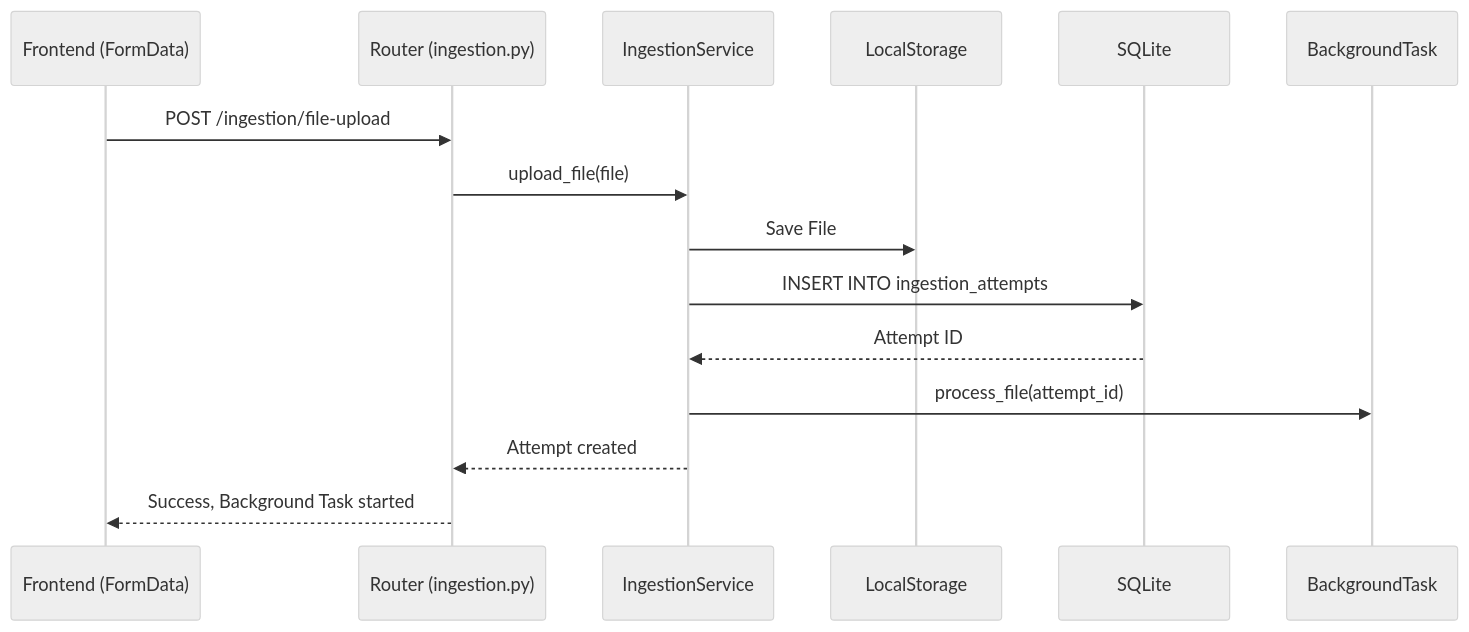
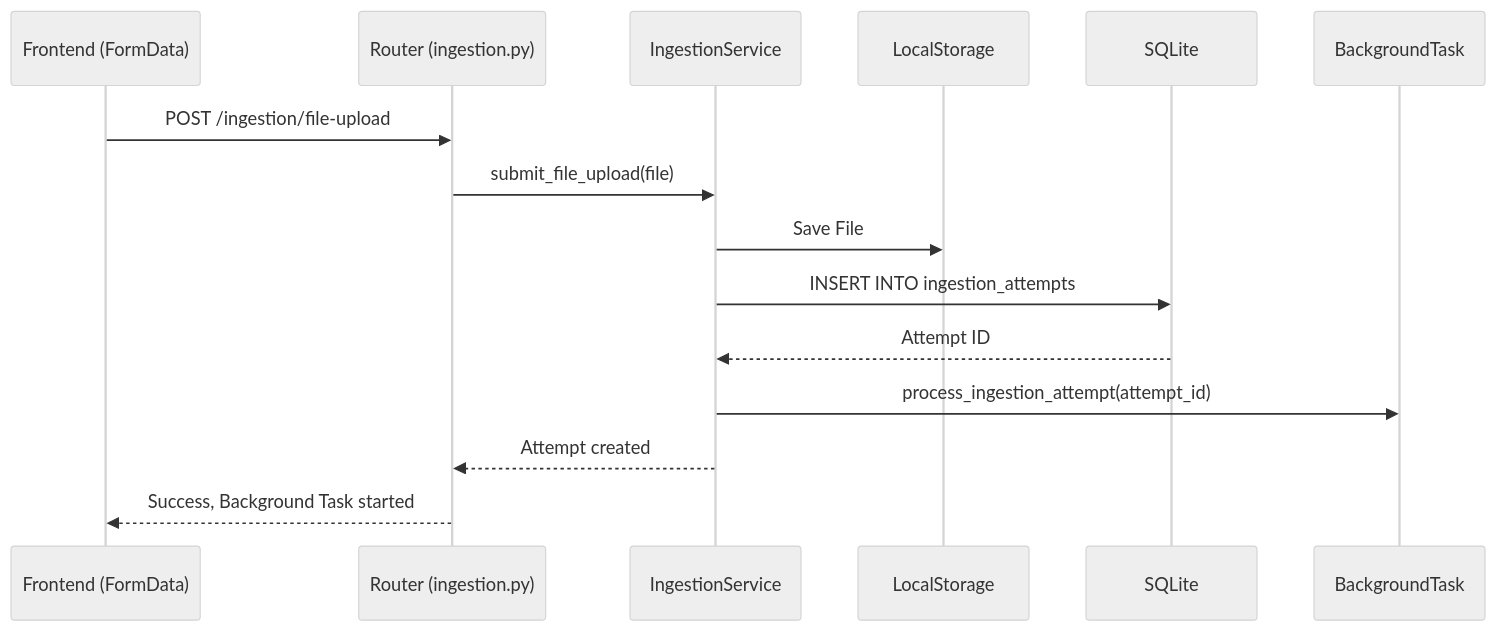
One commit to thaihai-swe/chatbot-with-data changed the diagram in docs/diagrams/api/upload-file.md. Above: the diagram before and after it, drawn with Mermaid (neutral theme). The commit also changed 23 other files, not shown here.

Commit message:
Refactor system architecture documentation: streamline content, update feature matrix, and enhance clarity on components and data flow

````diff
--- a/docs/diagrams/api/upload-file.md
+++ b/docs/diagrams/api/upload-file.md
@@ -3,18 +3,18 @@
 ```mermaid
 sequenceDiagram
     participant Frontend (FormData)
     participant Router as Router (ingestion.py)
     participant IngestionService
     participant LocalStorage
     participant SQLite
     participant BackgroundTask
     
     Frontend (FormData)->>Router: POST /ingestion/file-upload
-    Router->>IngestionService: upload_file(file)
+    Router->>IngestionService: submit_file_upload(file)
     IngestionService->>LocalStorage: Save File
     IngestionService->>SQLite: INSERT INTO ingestion_attempts
     SQLite-->>IngestionService: Attempt ID
-    IngestionService->>BackgroundTask: process_file(attempt_id)
+    IngestionService->>BackgroundTask: process_ingestion_attempt(attempt_id)
     IngestionService-->>Router: Attempt created
     Router-->>Frontend (FormData): Success, Background Task started
 ```
````
